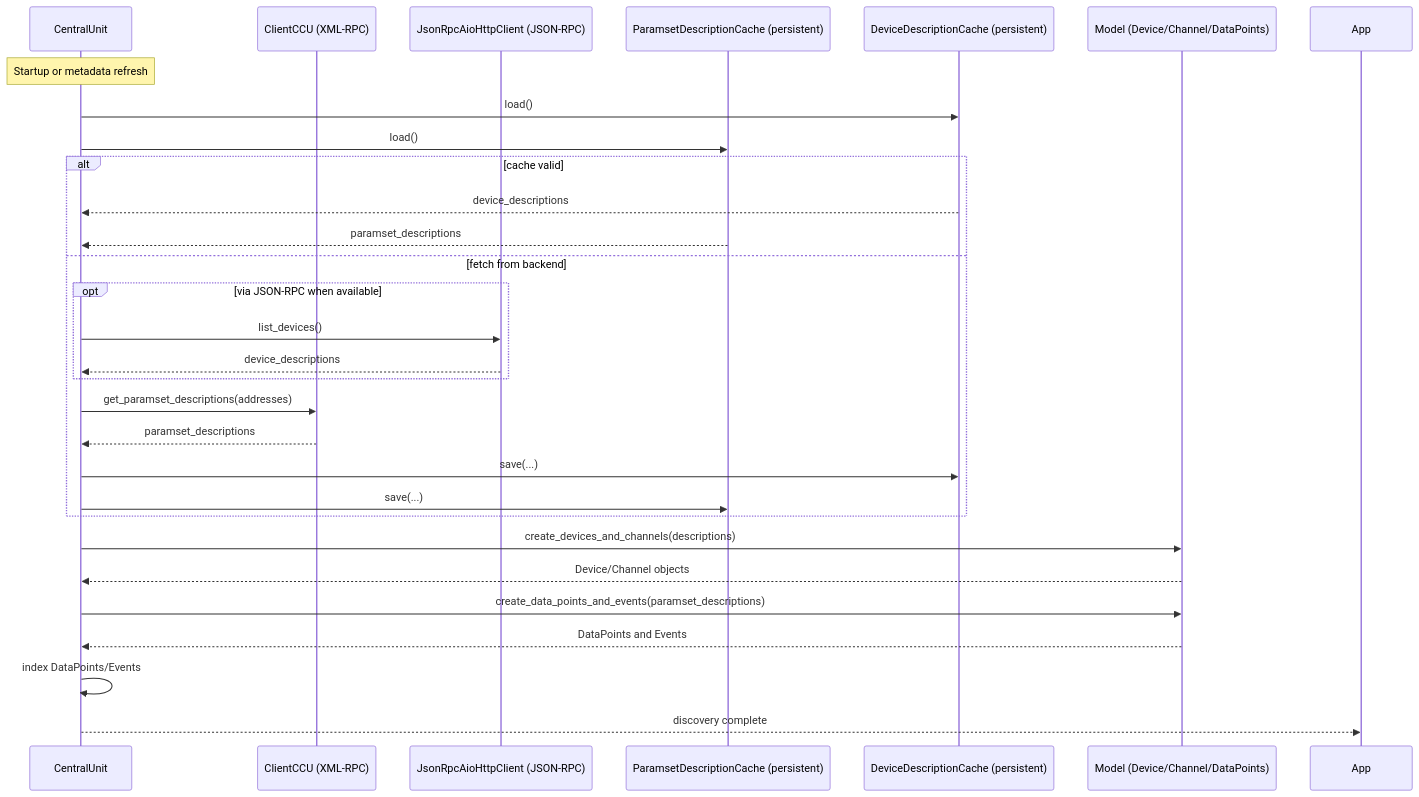
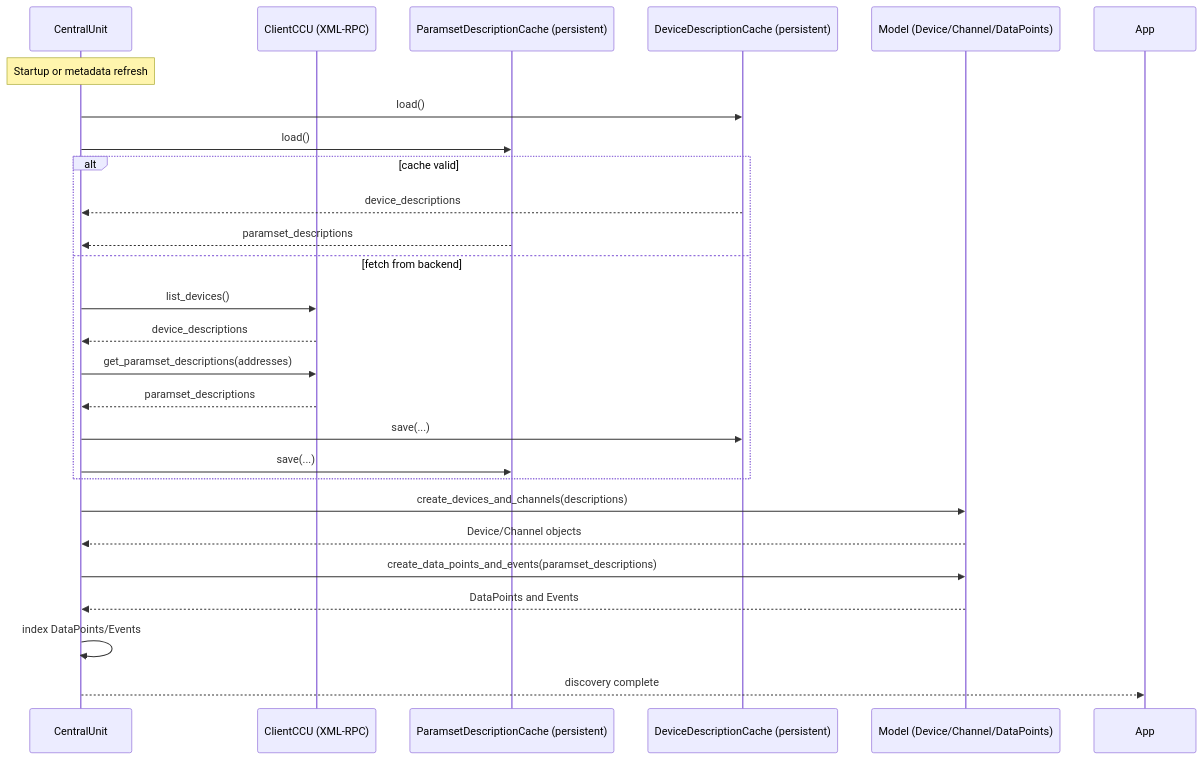
The second of 3 diagrams in docs/sequence_diagrams.md (SukramJ/aiohomematic), drawn with Mermaid before and after one commit.

````diff
--- a/docs/sequence_diagrams.md
+++ b/docs/sequence_diagrams.md
@@ -44,31 +44,28 @@
 ```mermaid
 sequenceDiagram
   participant C as CentralUnit
   participant CX as ClientCCU (XML-RPC)
-  participant CJ as JsonRpcAioHttpClient (JSON-RPC)
   participant PDC as ParamsetDescriptionCache (persistent)
   participant DDC as DeviceDescriptionCache (persistent)
   participant M as Model (Device/Channel/DataPoints)
   Note over C: Startup or metadata refresh
   C->>DDC: load()
   C->>PDC: load()
   alt cache valid
     DDC-->>C: device_descriptions
     PDC-->>C: paramset_descriptions
   else fetch from backend
-    opt via JSON-RPC when available
-      C->>CJ: list_devices()
-      CJ-->>C: device_descriptions
-    end
+    C->>CX: list_devices()
+    CX-->>C: device_descriptions
     C->>CX: get_paramset_descriptions(addresses)
     CX-->>C: paramset_descriptions
     C->>DDC: save(...)
     C->>PDC: save(...)
   end
   C->>M: create_devices_and_channels(descriptions)
   M-->>C: Device/Channel objects
   C->>M: create_data_points_and_events(paramset_descriptions)
   M-->>C: DataPoints and Events
   C->>C: index DataPoints/Events
   C-->>App: discovery complete
 ```
````
